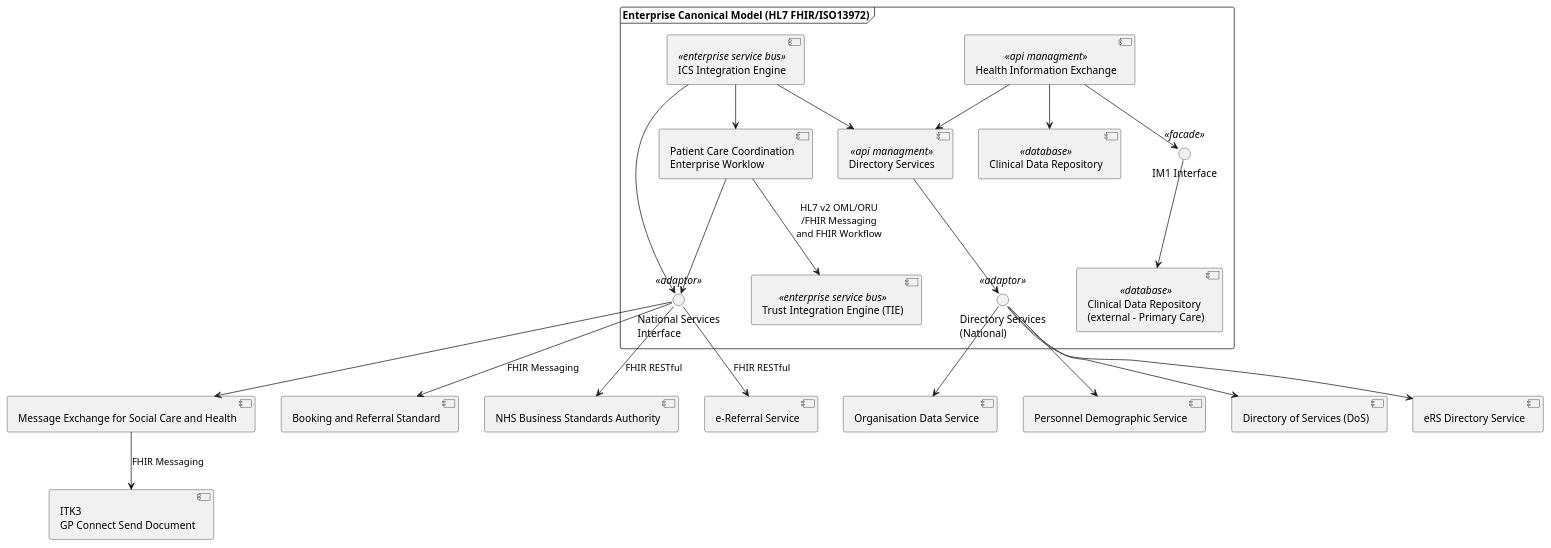
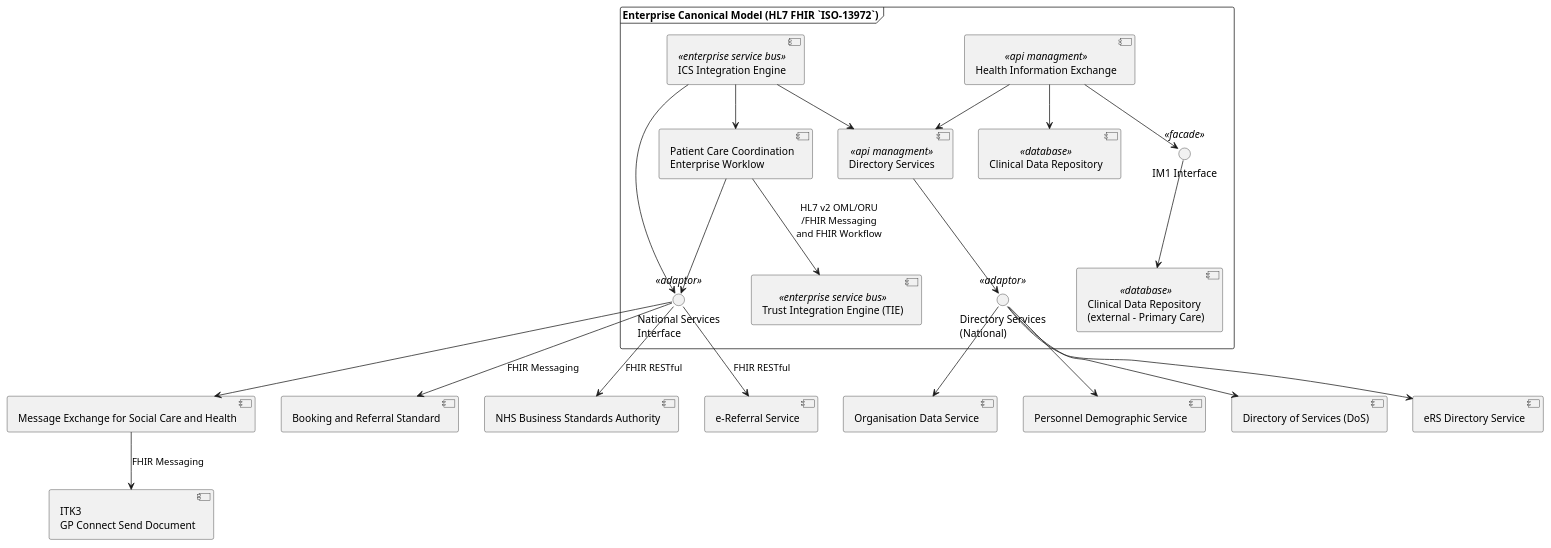
Before and after one commit to Virtually-Healthcare/virtually-healthcare.github.com: the diagram in input/images-source/component-enterprise-domain.plantuml, drawn with PlantUML.

Commit message:
Design Overview

```diff
--- a/input/images-source/component-enterprise-domain.plantuml
+++ b/input/images-source/component-enterprise-domain.plantuml
@@ -2,71 +2,71 @@
   @startuml
 
     skinparam svgDimensionStyle false
 
-    frame "Enterprise Canonical Model (HL7 FHIR/ISO13972)" as canonical {
+    frame "Enterprise Canonical Model (HL7 FHIR `ISO-13972`)" as canonical {
 
     component "Clinical Data Repository" as CDR <<database>>
 
     interface "IM1 Interface" as IM1 <<facade>>
 
 
     component "Health Information Exchange" as HIE <<api managment>>
 
     component "ICS Integration Engine" as ESB <<enterprise service bus>>
 
     component "Directory Services" as csd <<api managment>>
 
     interface "Directory Services\n(National)" as mcsd <<adaptor>>
 
     component "Patient Care Coordination\nEnterprise Worklow" as PCC
 
     interface "National Services\nInterface" as muddle <<adaptor>>
 
     component "Clinical Data Repository\n(external - Primary Care)" as emis <<database>>
 
     component "Trust Integration Engine (TIE)" as TIE <<enterprise service bus>>
 
 }
 
 
 
 
     component "Organisation Data Service" as ODS
 
     component "Personnel Demographic Service" as PDS
 
     component "Directory of Services (DoS)" as DoS
 
     component "eRS Directory Service" as eDOS
 
 
     component "Message Exchange for Social Care and Health" as MESH
     component "ITK3\nGP Connect Send Document" as ITK3
     component "Booking and Referral Standard" as BARS
     component "NHS Business Standards Authority" as BSA
     component "e-Referral Service" as eRS
 
 
     csd --> mcsd
     mcsd --> PDS
     mcsd --> ODS
     mcsd --> DoS
     mcsd --> eDOS
 
     HIE --> CDR
     HIE --> IM1
     IM1 --> emis
     HIE --> csd
 
     ESB --> muddle
     ESB --> csd
     muddle --> MESH
     MESH --> ITK3 : FHIR Messaging
     muddle --> BARS : FHIR Messaging
     muddle --> BSA : FHIR RESTful
     muddle --> eRS: FHIR RESTful
     ESB --> PCC
     PCC --> muddle
     PCC --> TIE: HL7 v2 OML/ORU\n/FHIR Messaging\nand FHIR Workflow
 
   @enduml
```
